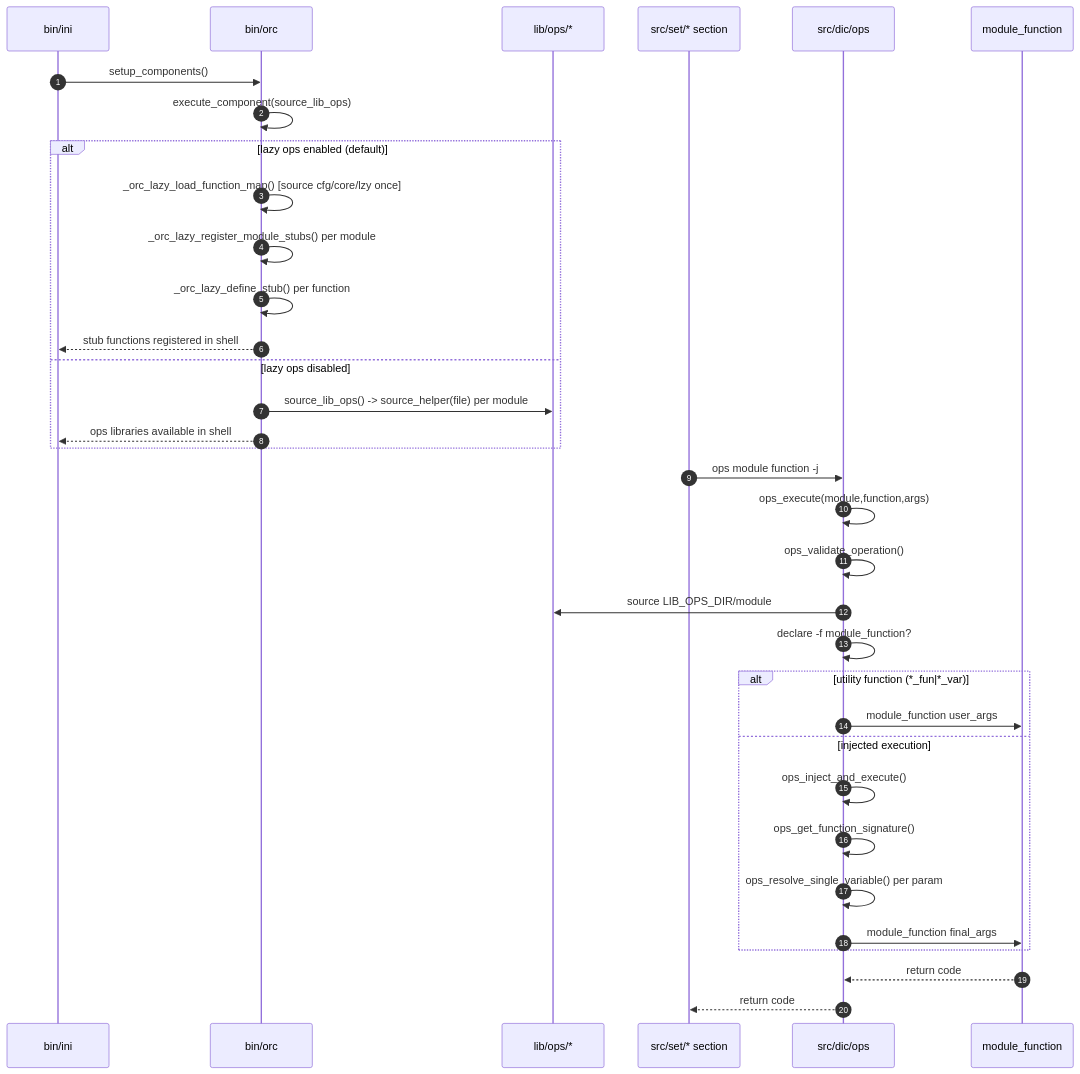
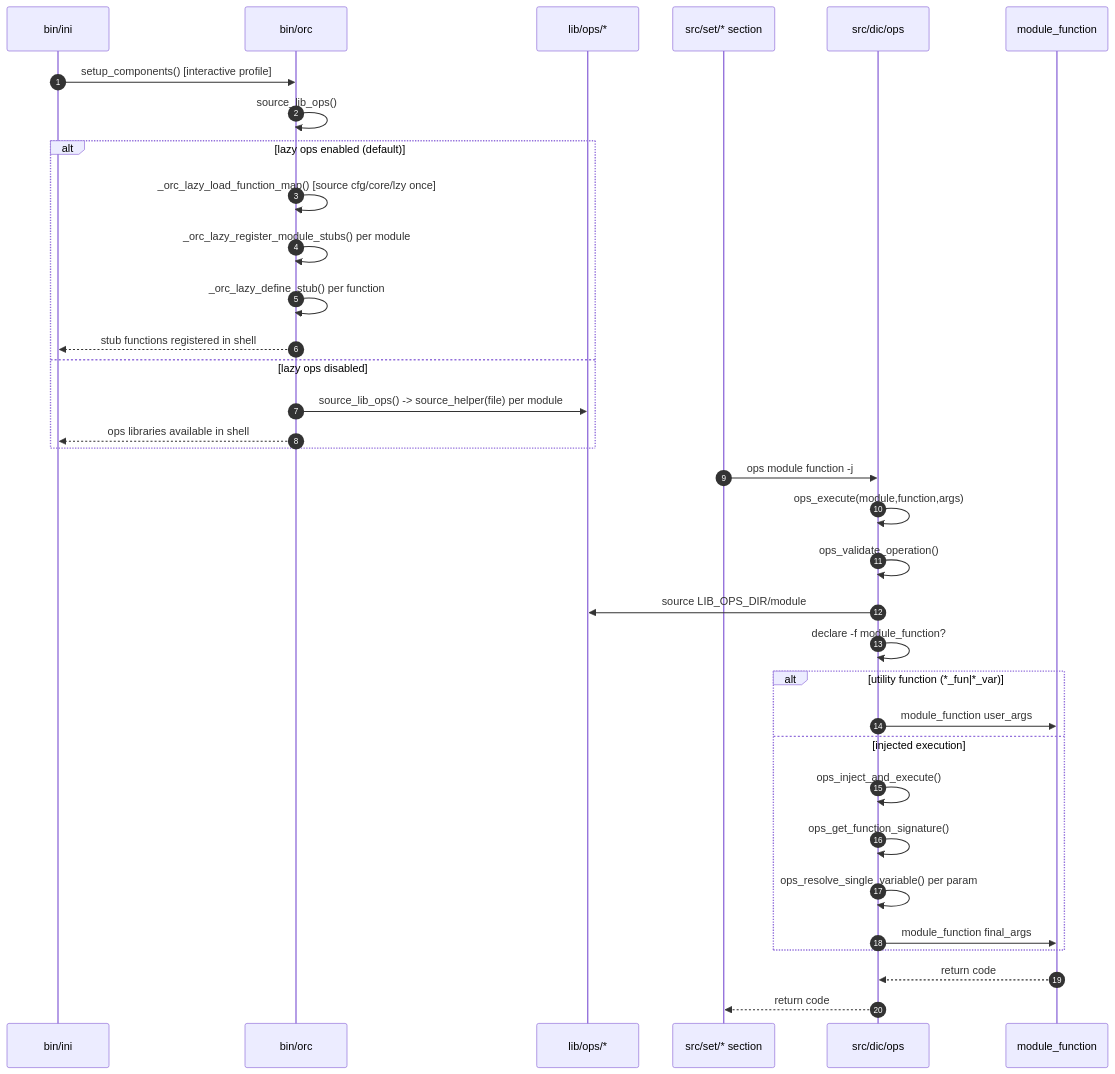
The first of 2 diagrams in doc/arc/03-operational-modules.md (woeiru/lab), drawn with Mermaid before and after one commit. The commit also changed other lines of this file and 9 other files, not shown here.

````diff
--- a/doc/arc/03-operational-modules.md
+++ b/doc/arc/03-operational-modules.md
@@ -32,41 +32,41 @@
 ```mermaid
 sequenceDiagram
     autonumber
     participant I as bin/ini
     participant O as bin/orc
     participant L as lib/ops/*
     participant S as src/set/* section
     participant D as src/dic/ops
     participant F as module_function
 
-    I->>O: setup_components()
-    O->>O: execute_component(source_lib_ops)
+    I->>O: setup_components() [interactive profile]
+    O->>O: source_lib_ops()
 
     alt lazy ops enabled (default)
         O->>O: _orc_lazy_load_function_map() [source cfg/core/lzy once]
         O->>O: _orc_lazy_register_module_stubs() per module
         O->>O: _orc_lazy_define_stub() per function
         O-->>I: stub functions registered in shell
     else lazy ops disabled
         O->>L: source_lib_ops() -> source_helper(file) per module
         O-->>I: ops libraries available in shell
     end
 
     S->>D: ops module function -j
     D->>D: ops_execute(module,function,args)
     D->>D: ops_validate_operation()
     D->>L: source LIB_OPS_DIR/module
     D->>D: declare -f module_function?
 
     alt utility function (*_fun|*_var)
         D->>F: module_function user_args
     else injected execution
         D->>D: ops_inject_and_execute()
         D->>D: ops_get_function_signature()
         D->>D: ops_resolve_single_variable() per param
         D->>F: module_function final_args
     end
 
     F-->>D: return code
     D-->>S: return code
 ```
````
